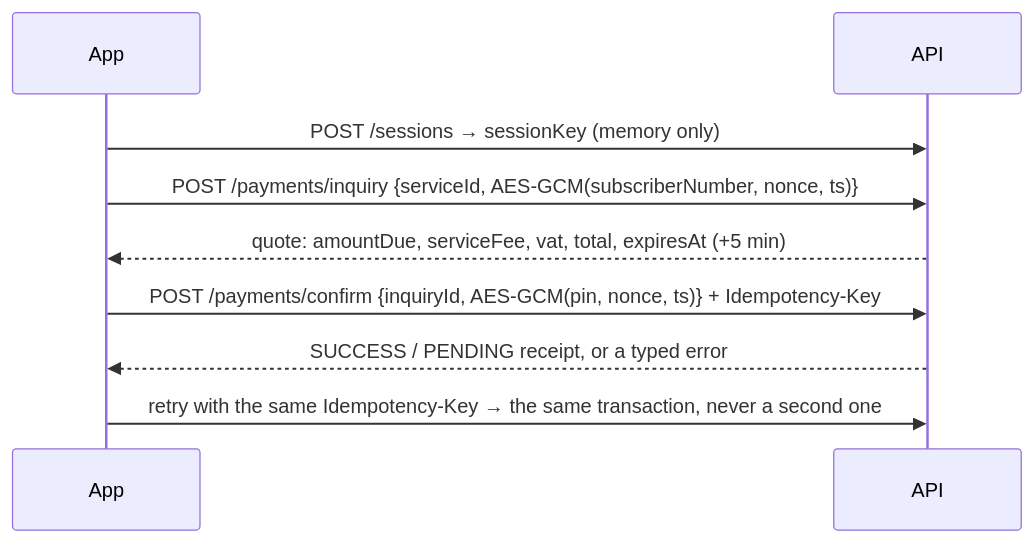
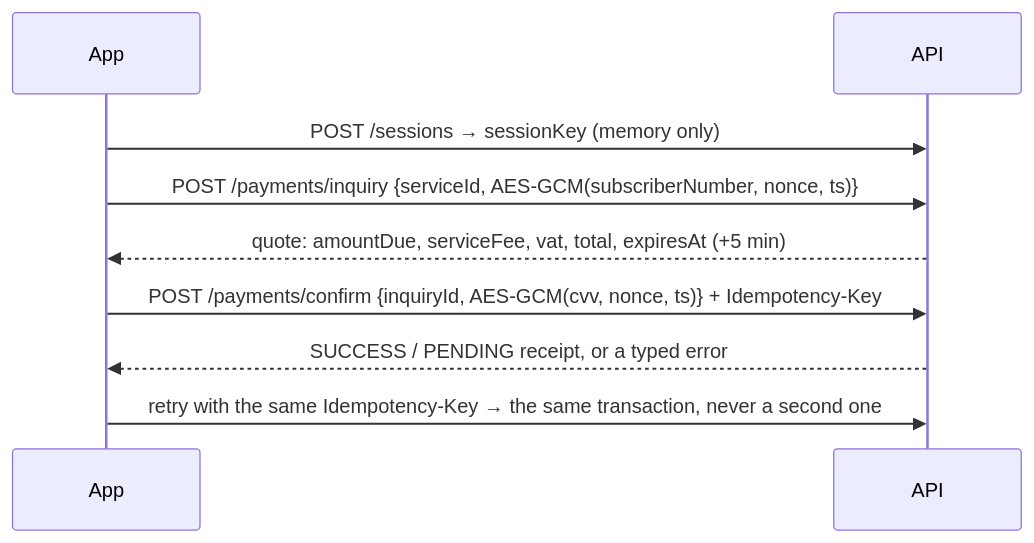
The first of 2 diagrams in README.md (M-o-m-e-n/Momkn-pay-backend), drawn with Mermaid before and after one commit. The commit also changed other lines of this file and 10 other files, not shown here.

````diff
--- a/README.md
+++ b/README.md
@@ -107,11 +107,11 @@
 ```mermaid
 sequenceDiagram
     participant App
     participant API
     App->>API: POST /sessions → sessionKey (memory only)
     App->>API: POST /payments/inquiry {serviceId, AES-GCM(subscriberNumber, nonce, ts)}
     API-->>App: quote: amountDue, serviceFee, vat, total, expiresAt (+5 min)
-    App->>API: POST /payments/confirm {inquiryId, AES-GCM(pin, nonce, ts)} + Idempotency-Key
+    App->>API: POST /payments/confirm {inquiryId, AES-GCM(cvv, nonce, ts)} + Idempotency-Key
     API-->>App: SUCCESS / PENDING receipt, or a typed error
     App->>API: retry with the same Idempotency-Key → the same transaction, never a second one
 ```
````
